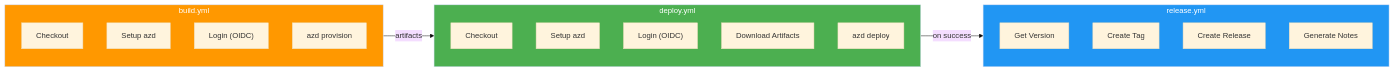
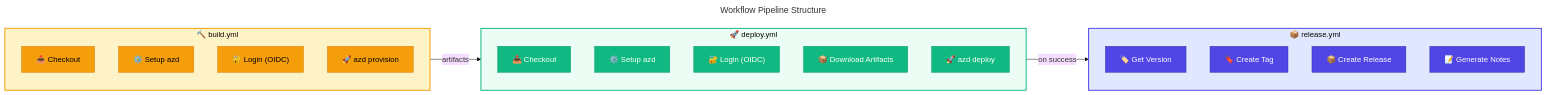
Before and after one commit to Evilazaro/DevExp-DevBox: the eighth of 9 diagrams in docs/architecture/04-technology-architecture.md, drawn with Mermaid (base theme). The commit also changed other lines of this file, not shown here.

Commit message:
Enhance documentation for GitHub Actions and Log Analytics architecture by adding emojis, improving diagram styles, and refining connections for better clarity and navigation.

````diff
--- a/docs/architecture/04-technology-architecture.md
+++ b/docs/architecture/04-technology-architecture.md
@@ -627,31 +646,47 @@
 ```mermaid
+---
+title: Workflow Pipeline Structure
+---
 flowchart LR
-    subgraph Build["build.yml"]
-        B1["Checkout"]
-        B2["Setup azd"]
-        B3["Login (OIDC)"]
-        B4["azd provision"]
+    %% ===== BUILD =====
+    subgraph Build["🔨 build.yml"]
+        B1["📥 Checkout"]
+        B2["⚙️ Setup azd"]
+        B3["🔐 Login (OIDC)"]
+        B4["🚀 azd provision"]
     end
     
-    subgraph Deploy["deploy.yml"]
-        D1["Checkout"]
-        D2["Setup azd"]
-        D3["Login (OIDC)"]
-        D4["Download Artifacts"]
-        D5["azd deploy"]
+    %% ===== DEPLOY =====
+    subgraph Deploy["🚀 deploy.yml"]
+        D1["📥 Checkout"]
+        D2["⚙️ Setup azd"]
+        D3["🔐 Login (OIDC)"]
+        D4["📦 Download Artifacts"]
+        D5["🚀 azd deploy"]
     end
     
-    subgraph Release["release.yml"]
-        R1["Get Version"]
-        R2["Create Tag"]
-        R3["Create Release"]
-        R4["Generate Notes"]
+    %% ===== RELEASE =====
+    subgraph Release["📦 release.yml"]
+        R1["🏷️ Get Version"]
+        R2["🔖 Create Tag"]
+        R3["📦 Create Release"]
+        R4["📝 Generate Notes"]
     end
     
-    Build -->|"artifacts"| Deploy
-    Deploy -->|"on success"| Release
+    %% ===== CONNECTIONS =====
+    Build -->|artifacts| Deploy
+    Deploy -->|on success| Release
     
-    style Build fill:#FF9800,color:#fff
-    style Deploy fill:#4CAF50,color:#fff
-    style Release fill:#2196F3,color:#fff
+    %% ===== STYLES =====
+    classDef datastore fill:#F59E0B,stroke:#D97706,color:#000000
+    classDef secondary fill:#10B981,stroke:#059669,color:#FFFFFF
+    classDef primary fill:#4F46E5,stroke:#3730A3,color:#FFFFFF
+    
+    class B1,B2,B3,B4 datastore
+    class D1,D2,D3,D4,D5 secondary
+    class R1,R2,R3,R4 primary
+    
+    style Build fill:#FEF3C7,stroke:#F59E0B,stroke-width:2px
+    style Deploy fill:#ECFDF5,stroke:#10B981,stroke-width:2px
+    style Release fill:#E0E7FF,stroke:#4F46E5,stroke-width:2px
 ```
````
